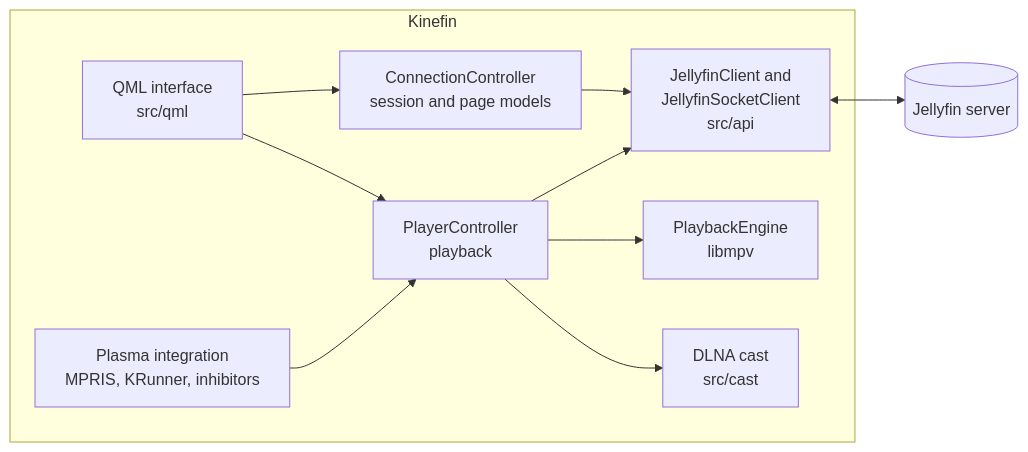
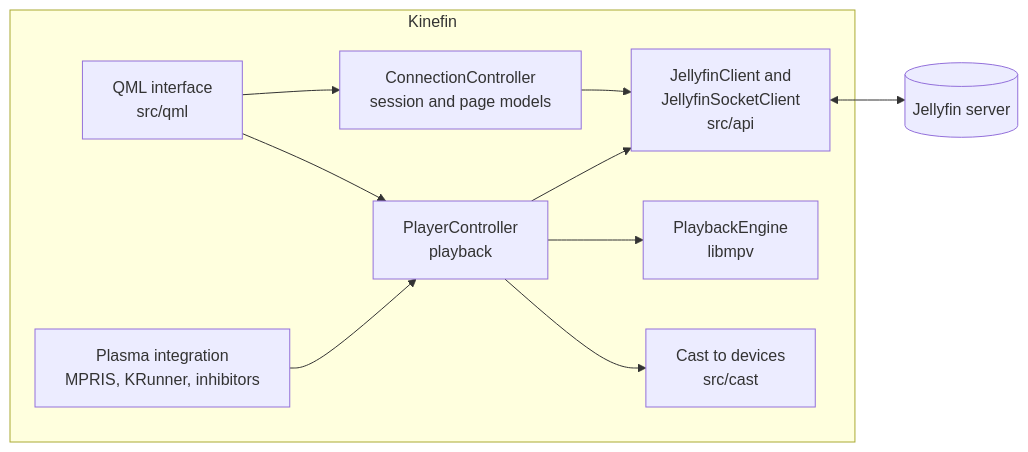
One commit to the-beper/Kinefin changed the diagram in docs/architecture.md. Above: the diagram before and after it, drawn with Mermaid. The commit also changed other lines of this file and 60 other files, not shown here.

Commit message:
Add Google Cast devices to the cast picker next to DLNA

````diff
--- a/docs/architecture.md
+++ b/docs/architecture.md
@@ -19,21 +19,21 @@
 ```mermaid
 flowchart LR
     Server[(Jellyfin server)]
     subgraph App[Kinefin]
         QML["QML interface<br/>src/qml"]
         Session["ConnectionController<br/>session and page models"]
         Player["PlayerController<br/>playback"]
         API["JellyfinClient and<br/>JellyfinSocketClient<br/>src/api"]
         Mpv["PlaybackEngine<br/>libmpv"]
         Plasma["Plasma integration<br/>MPRIS, KRunner, inhibitors"]
-        Cast["DLNA cast<br/>src/cast"]
+        Cast["Cast to devices<br/>src/cast"]
     end
     QML --> Session
     QML --> Player
     Session --> API
     Player --> API
     Player --> Mpv
     Player --> Cast
     Plasma --> Player
     API <--> Server
 ```
````
